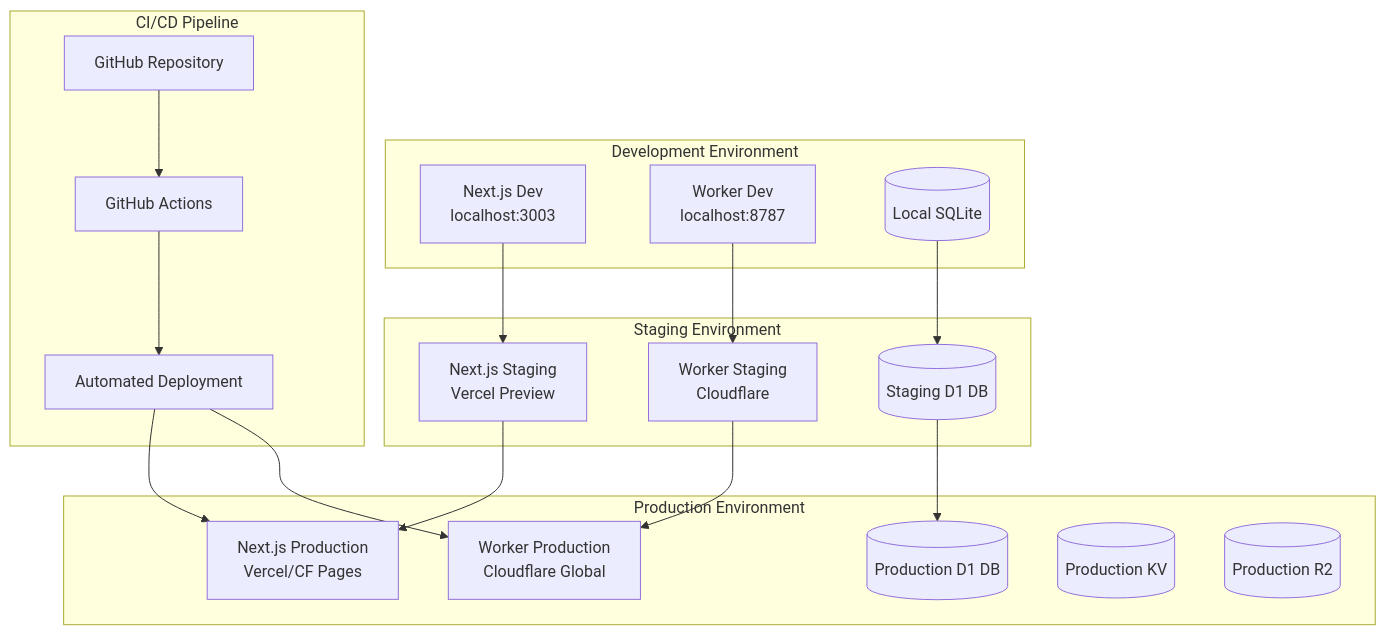
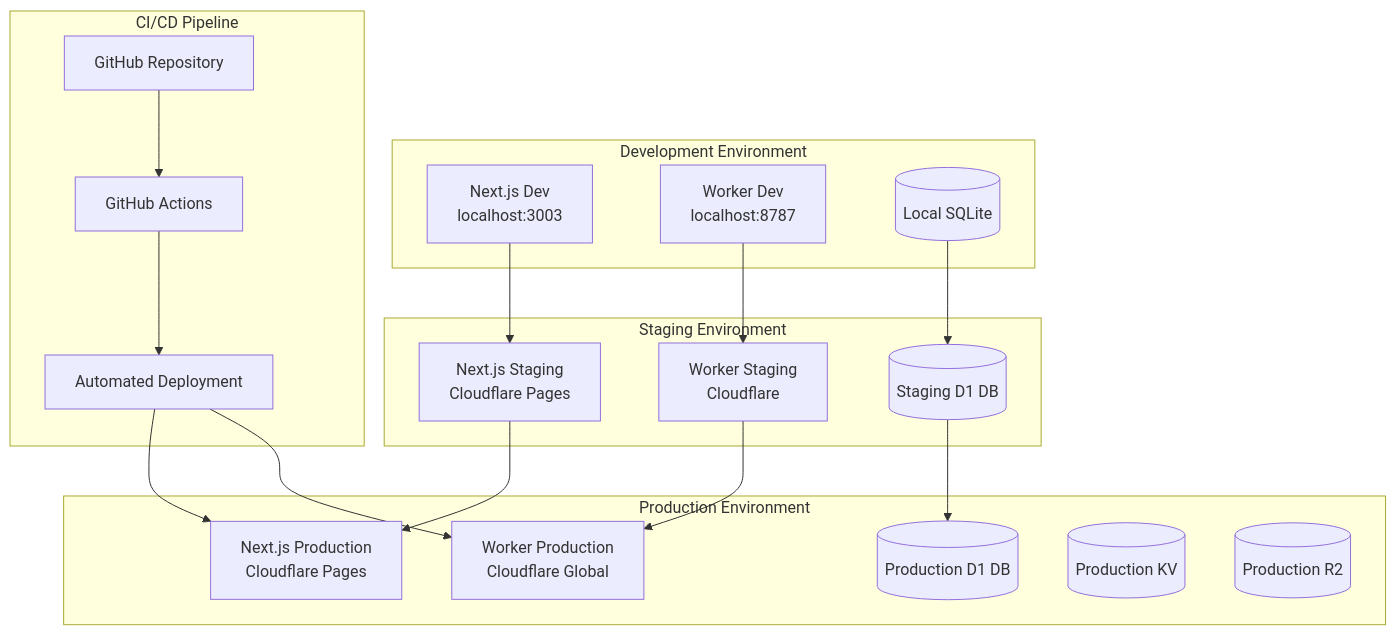
Diagram 18 of 19 in SYSTEM_ARCHITECTURE.md (financeaiguy/humber-os), drawn with Mermaid before and after one commit. The commit also changed other lines of this file and 50 other files, not shown here.

````diff
--- a/SYSTEM_ARCHITECTURE.md
+++ b/SYSTEM_ARCHITECTURE.md
@@ -896,41 +896,41 @@
 ```mermaid
 graph TB
     subgraph "Development Environment"
         DEV_NEXT[Next.js Dev<br/>localhost:3003]
         DEV_WORKER[Worker Dev<br/>localhost:8787]
         DEV_DB[(Local SQLite)]
     end
 
     subgraph "Staging Environment"
-        STAGE_NEXT[Next.js Staging<br/>Vercel Preview]
+        STAGE_NEXT[Next.js Staging<br/>Cloudflare Pages]
         STAGE_WORKER[Worker Staging<br/>Cloudflare]
         STAGE_DB[(Staging D1 DB)]
     end
 
     subgraph "Production Environment"
-        PROD_NEXT[Next.js Production<br/>Vercel/CF Pages]
+        PROD_NEXT[Next.js Production<br/>Cloudflare Pages]
         PROD_WORKER[Worker Production<br/>Cloudflare Global]
         PROD_DB[(Production D1 DB)]
         PROD_CACHE[(Production KV)]
         PROD_STORAGE[(Production R2)]
     end
 
     subgraph "CI/CD Pipeline"
         GITHUB[GitHub Repository]
         ACTIONS[GitHub Actions]
         DEPLOY[Automated Deployment]
     end
 
     DEV_NEXT --> STAGE_NEXT
     DEV_WORKER --> STAGE_WORKER
     DEV_DB --> STAGE_DB
 
     STAGE_NEXT --> PROD_NEXT
     STAGE_WORKER --> PROD_WORKER
     STAGE_DB --> PROD_DB
 
     GITHUB --> ACTIONS
     ACTIONS --> DEPLOY
     DEPLOY --> PROD_NEXT
     DEPLOY --> PROD_WORKER
 ```
````
